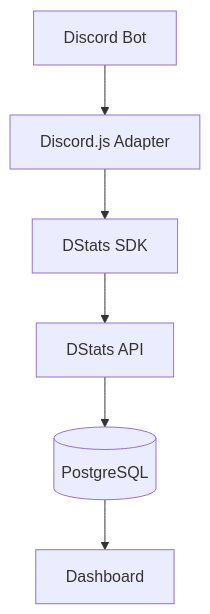
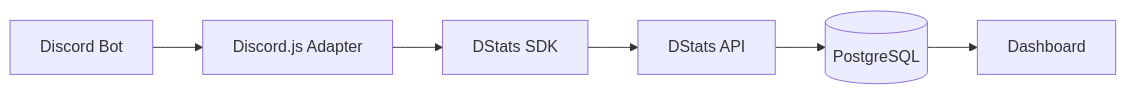
Before and after one commit to ViB404/dstats: the diagram in README.md, drawn with Mermaid. The commit also changed other lines of this file, not shown here.

````diff
--- a/README.md
+++ b/README.md
@@ -116,8 +168,8 @@
 ```mermaid
-graph TD
+graph LR
     A[Discord Bot] --> B[Discord.js Adapter]
     B --> C[DStats SDK]
     C --> D[DStats API]
     D --> E[(PostgreSQL)]
     E --> F[Dashboard]
 ```
````
